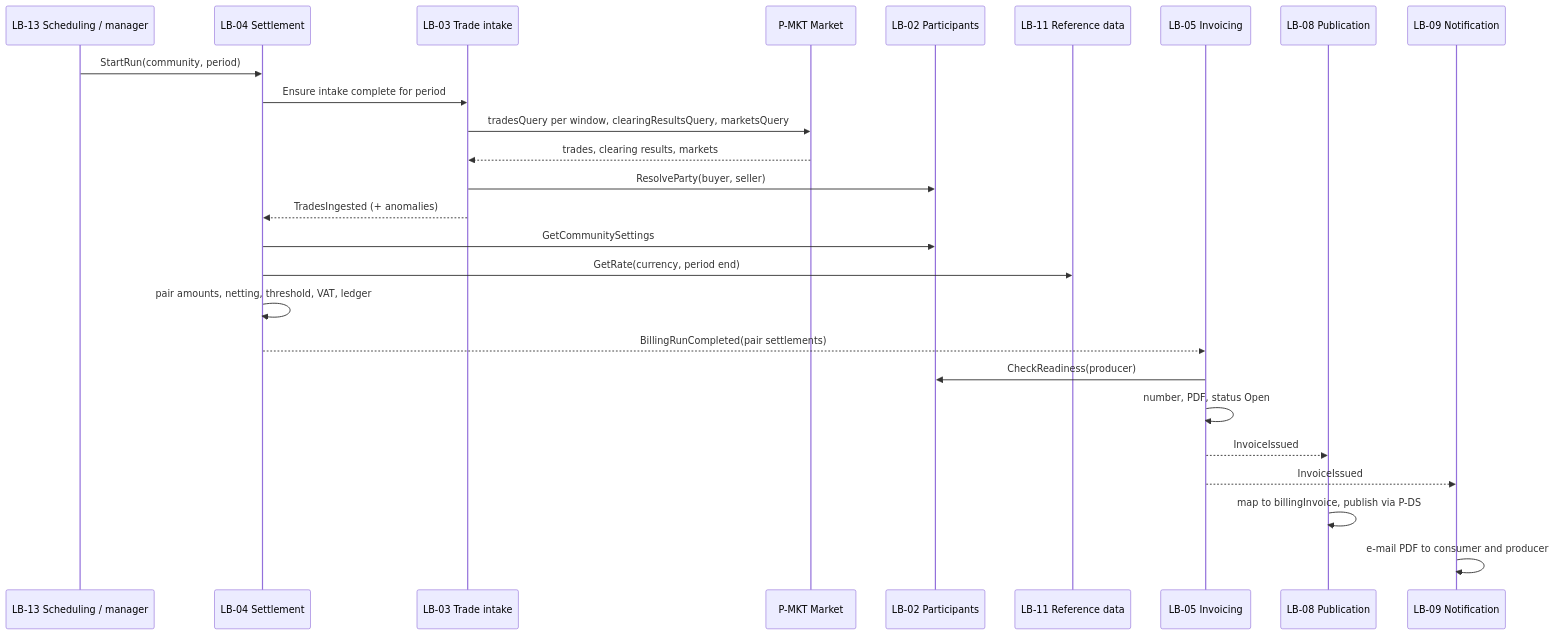
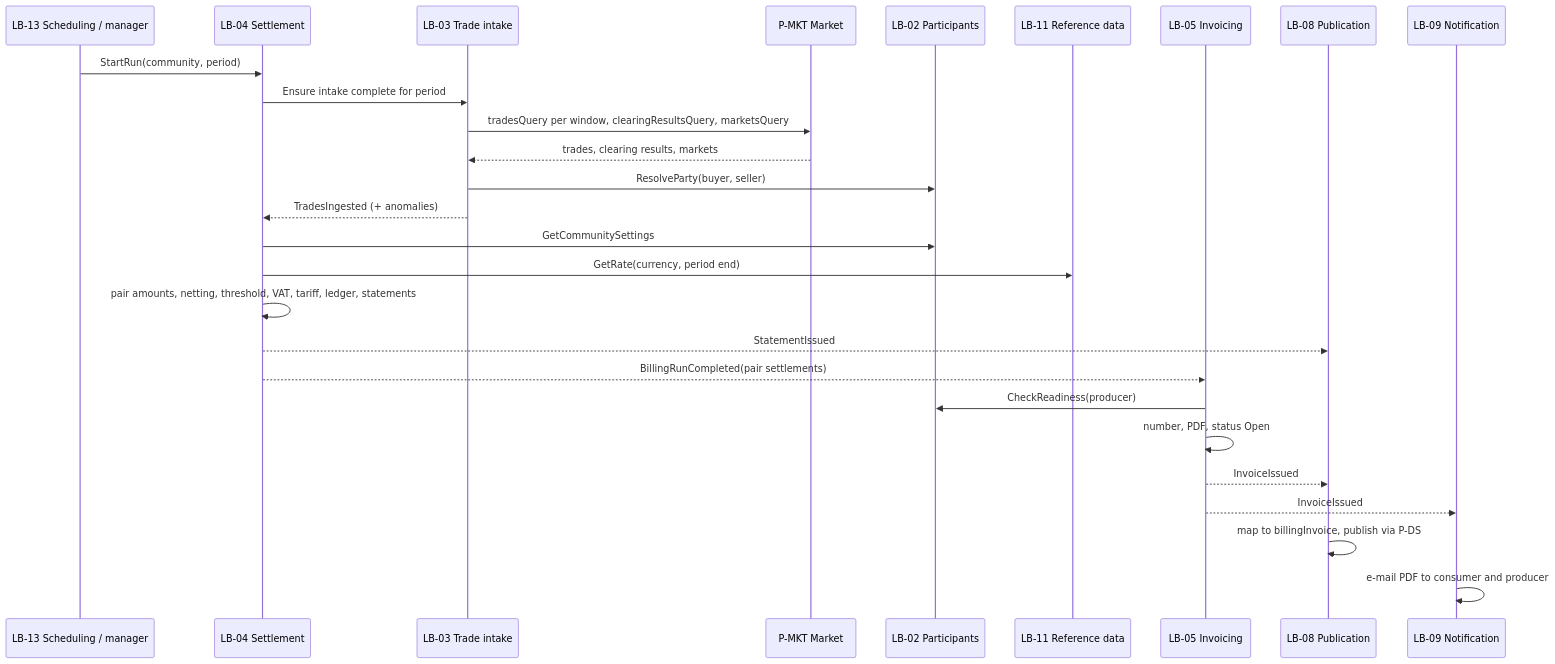
Before and after one commit to blooo-io/intelligent-eu-bps-source: the fifth of 10 diagrams in docs/architecture/02-logical-architecture.md, drawn with Mermaid. The commit also changed other lines of this file and 96 other files, not shown here.

````diff
--- a/docs/architecture/02-logical-architecture.md
+++ b/docs/architecture/02-logical-architecture.md
@@ -215,28 +232,29 @@
 ```mermaid
 sequenceDiagram
   participant SCH as LB-13 Scheduling / manager
   participant SET as LB-04 Settlement
   participant TIN as LB-03 Trade intake
   participant MKT as P-MKT Market
   participant PCM as LB-02 Participants
   participant REF as LB-11 Reference data
   participant INV as LB-05 Invoicing
   participant PUB as LB-08 Publication
   participant NOT as LB-09 Notification
   SCH->>SET: StartRun(community, period)
   SET->>TIN: Ensure intake complete for period
   TIN->>MKT: tradesQuery per window, clearingResultsQuery, marketsQuery
   MKT-->>TIN: trades, clearing results, markets
   TIN->>PCM: ResolveParty(buyer, seller)
   TIN-->>SET: TradesIngested (+ anomalies)
   SET->>PCM: GetCommunitySettings
   SET->>REF: GetRate(currency, period end)
-  SET->>SET: pair amounts, netting, threshold, VAT, ledger
+  SET->>SET: pair amounts, netting, threshold, VAT, tariff, ledger, statements
+  SET-->>PUB: StatementIssued
   SET-->>INV: BillingRunCompleted(pair settlements)
   INV->>PCM: CheckReadiness(producer)
   INV->>INV: number, PDF, status Open
   INV-->>PUB: InvoiceIssued
   INV-->>NOT: InvoiceIssued
   PUB->>PUB: map to billingInvoice, publish via P-DS
   NOT->>NOT: e-mail PDF to consumer and producer
 ```
````
